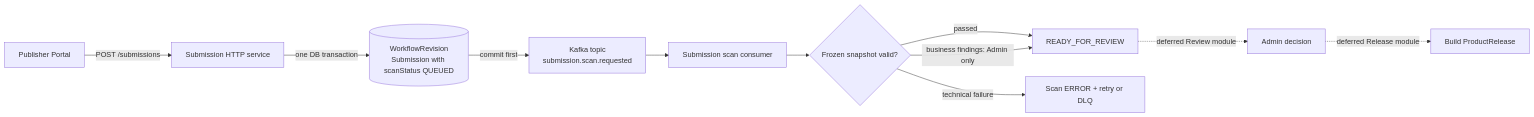
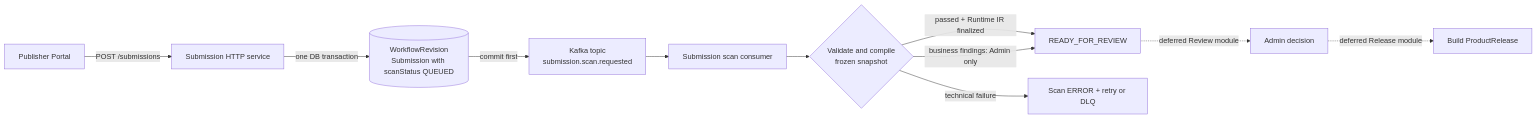
Before and after one commit to A2MaTex/a2matex-docs: the diagram in components/a2matex-backend/product_submission_release/submission.md, drawn with Mermaid. The commit also changed other lines of this file and 23 other files, not shown here.

Commit message:
update editor graph, workflow revision and runtime ir

````diff
--- a/components/a2matex-backend/product_submission_release/submission.md
+++ b/components/a2matex-backend/product_submission_release/submission.md
@@ -22,13 +23,13 @@
 ```mermaid
 flowchart LR
     P[Publisher Portal] -->|POST /submissions| H[Submission HTTP service]
     H -->|one DB transaction| DB[(WorkflowRevision<br/>Submission with scanStatus QUEUED)]
     DB -->|commit first| K[Kafka topic<br/>submission.scan.requested]
     K --> W[Submission scan consumer]
-    W --> V{Frozen snapshot valid?}
-    V -->|passed| R[READY_FOR_REVIEW]
+    W --> V{Validate and compile<br/>frozen snapshot}
+    V -->|passed + Runtime IR finalized| R[READY_FOR_REVIEW]
     V -->|business findings: Admin only| R
     V -->|technical failure| E[Scan ERROR + retry or DLQ]
     R -.->|deferred Review module| A[Admin decision]
     A -.->|deferred Release module| B[Build ProductRelease]
 ```
````
